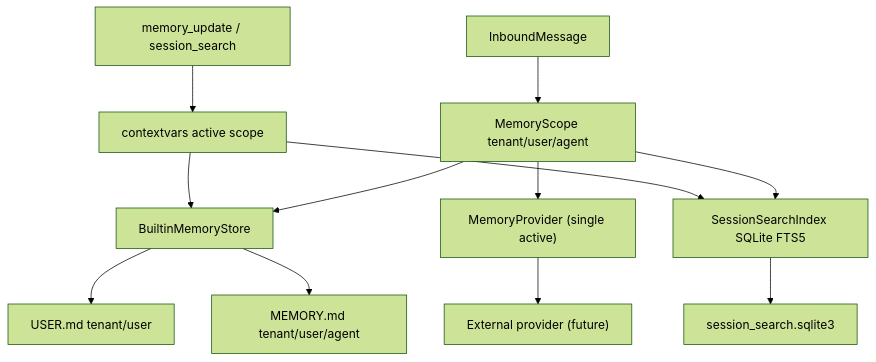
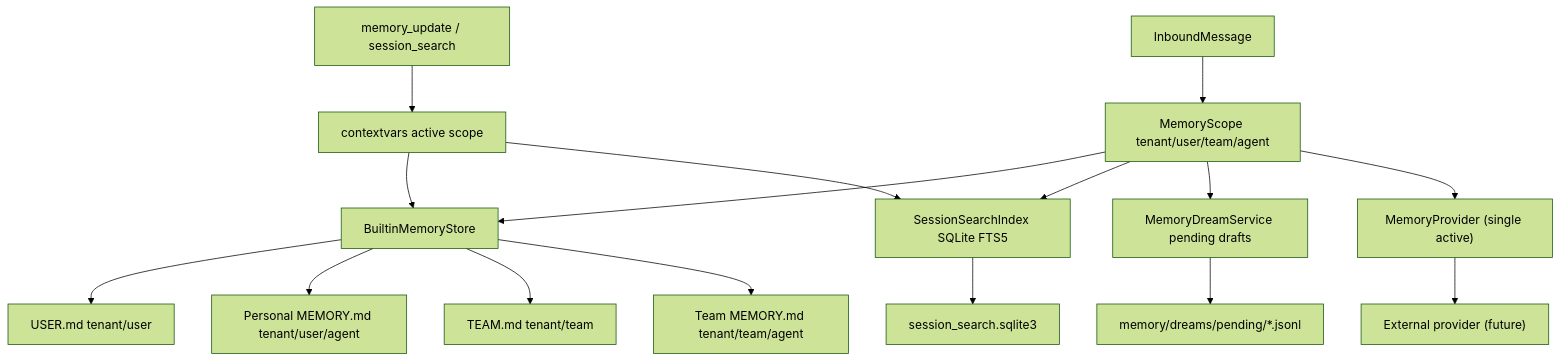
The diagram in docs/arch-memory-system.md (SilentEchoe/KubeMin-Agent), drawn with Mermaid (forest theme) before and after one commit. The commit also changed other lines of this file and 18 other files, not shown here.

Commit message:
feat: add team memory dream consolidation

````diff
--- a/docs/arch-memory-system.md
+++ b/docs/arch-memory-system.md
@@ -17,16 +21,20 @@
 ```mermaid
 flowchart TB
-  MSG["InboundMessage"] --> SCOPE["MemoryScope tenant/user/agent"]
+  MSG["InboundMessage"] --> SCOPE["MemoryScope tenant/user/team/agent"]
   SCOPE --> BUILTIN["BuiltinMemoryStore"]
   SCOPE --> INDEX["SessionSearchIndex SQLite FTS5"]
+  SCOPE --> DREAM["MemoryDreamService pending drafts"]
   SCOPE --> PROVIDER["MemoryProvider (single active)"]
 
   BUILTIN --> USER["USER.md tenant/user"]
-  BUILTIN --> MEM["MEMORY.md tenant/user/agent"]
+  BUILTIN --> PMEM["Personal MEMORY.md tenant/user/agent"]
+  BUILTIN --> TEAM["TEAM.md tenant/team"]
+  BUILTIN --> TMEM["Team MEMORY.md tenant/team/agent"]
   INDEX --> DB["session_search.sqlite3"]
+  DREAM --> DRAFT["memory/dreams/pending/*.jsonl"]
   PROVIDER --> EXT["External provider (future)"]
 
   TOOLS["memory_update / session_search"] --> CTX["contextvars active scope"]
   CTX --> BUILTIN
   CTX --> INDEX
 ```
````
